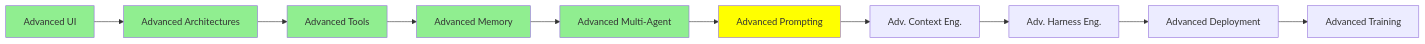
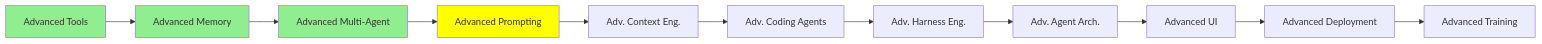
Before and after one commit to lokumai/ai-engineering-bazaar: the diagram in mini-courses/3_expert/advanced_prompting.md, drawn with Mermaid. The commit also changed 99 other files, not shown here.

````diff
--- a/mini-courses/3_expert/advanced_prompting.md
+++ b/mini-courses/3_expert/advanced_prompting.md
@@ -16,18 +16,17 @@
 ```mermaid
 graph LR
-    A[Advanced UI] --> B[Advanced Architectures]
-    B --> C[Advanced Tools]
-    C --> D[Advanced Memory]
-    D --> E[Advanced Multi-Agent]
-    E --> F[Advanced Prompting]
-    F --> G[Adv. Context Eng.]
-    G --> H[Adv. Harness Eng.]
-    H --> I[Advanced Deployment]
-    I --> J[Advanced Training]
+    A[Advanced Tools] --> B[Advanced Memory]
+    B --> C[Advanced Multi-Agent]
+    C --> D[Advanced Prompting]
+    D --> E[Adv. Context Eng.]
+    E --> F[Adv. Coding Agents]
+    F --> G[Adv. Harness Eng.]
+    G --> H[Adv. Agent Arch.]
+    H --> I[Advanced UI]
+    I --> J[Advanced Deployment]
+    J --> K[Advanced Training]
     style A fill:#90EE90
     style B fill:#90EE90
     style C fill:#90EE90
-    style D fill:#90EE90
-    style E fill:#90EE90
-    style F fill:#FFFF00
+    style D fill:#FFFF00
 ```
````
